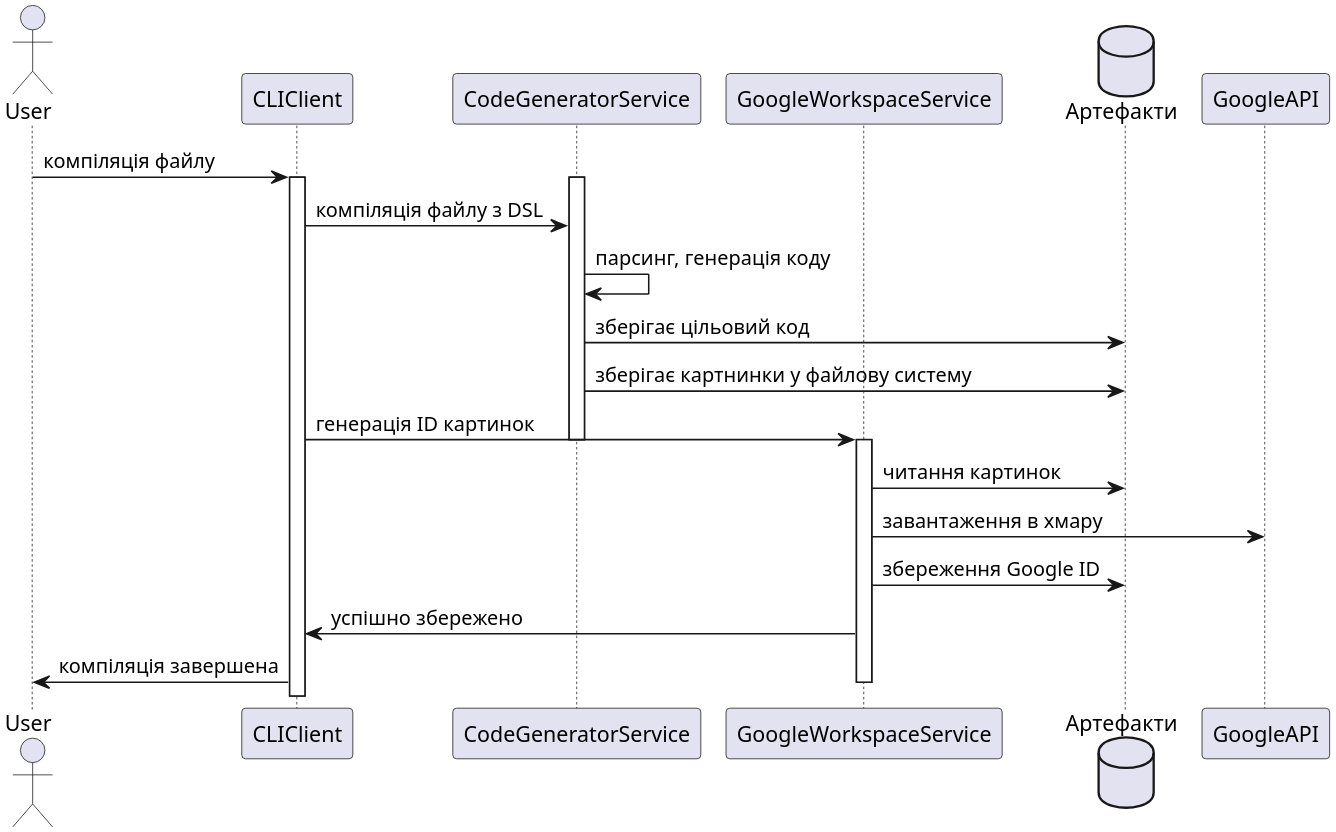
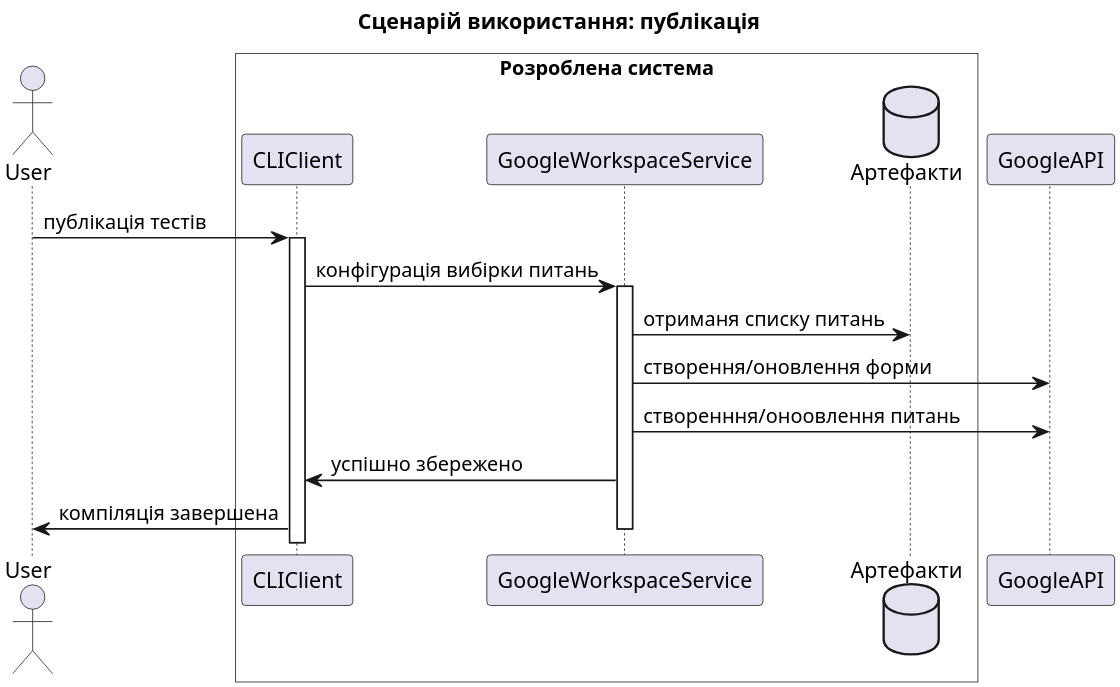
Before and after one commit to Gera3dartist/quiz_compiler: the diagram in diagrams/uc_publish.puml, drawn with PlantUML. The commit also changed 10 other files, not shown here.

```diff
--- a/diagrams/uc_publish.puml
+++ b/diagrams/uc_publish.puml
@@ -1,28 +1,25 @@
 @startuml Usecases
 scale 3
 actor User as U
+title Сценарій використання: публікація
+box "Розроблена система" #White
 participant CLIClient as CLI
-participant CodeGeneratorService as CGS
+
 participant GoogleWorkspaceService as GWS
 database Артефакти as State
+end box
 participant GoogleAPI as GAPI
 
-U -> CLI : компіляція файлу
+U -> CLI : публікація тестів
 activate CLI
-activate CGS
-CLI -> CGS: компіляція файлу з DSL
 
-CGS -> CGS: парсинг, генерація коду 
-CGS -> State: зберігає цільовий код
-CGS -> State: зберігає картнинки у файлову систему
-CLI -> GWS: генерація ID картинок
-deactivate CGS
+CLI -> GWS: конфігурація вибірки питань
 activate GWS
-State <- GWS: читання картинок
-GWS -> GAPI: завантаження в хмару
-GWS -> State: збереження Google ID
+State <- GWS: отриманя списку питань
+GWS -> GAPI: створення/оновлення форми
+GWS -> GAPI: створенння/оноовлення питань
 GWS -> CLI: успішно збережено
 CLI -> U: компіляція завершена
 deactivate GWS
 
 @enduml
```
